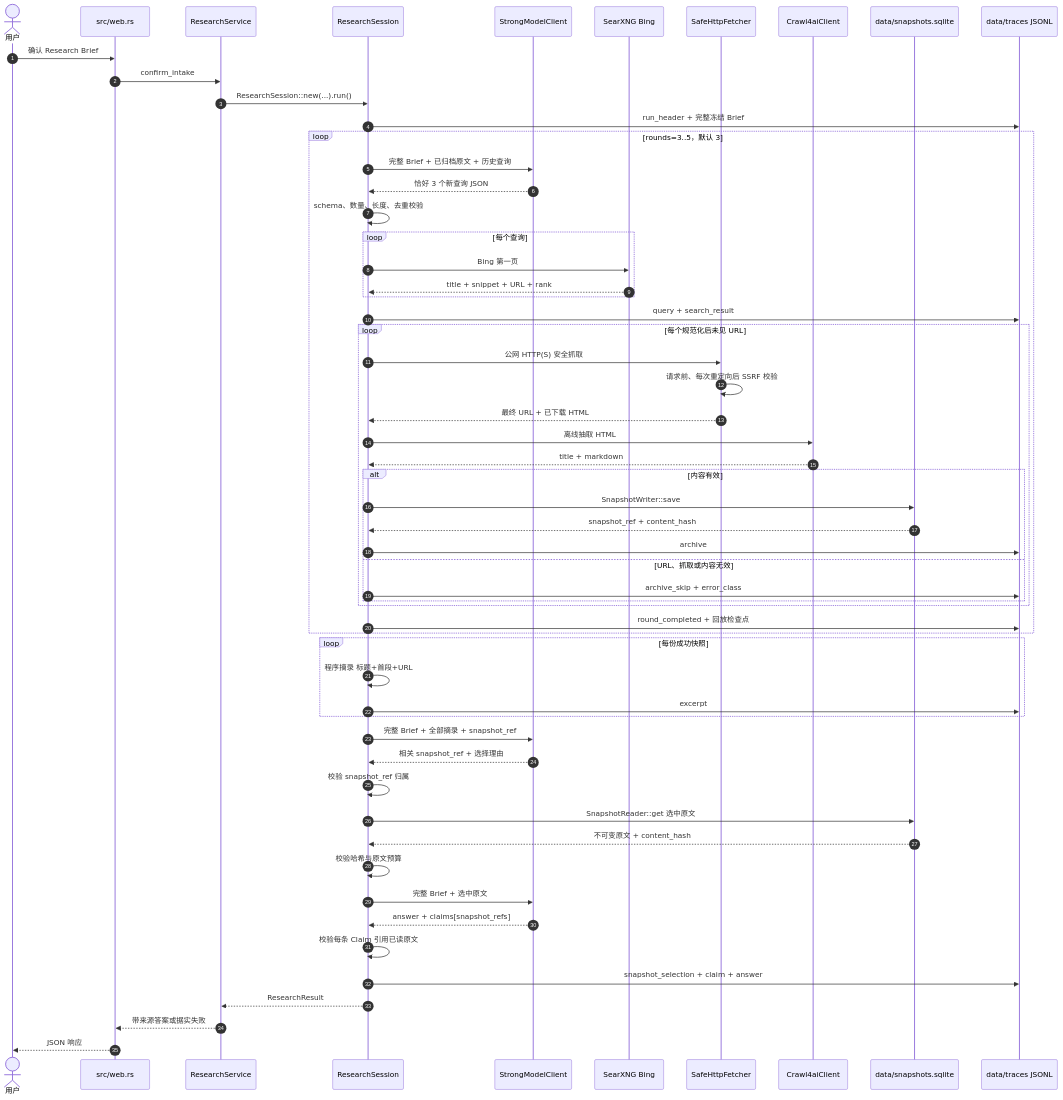
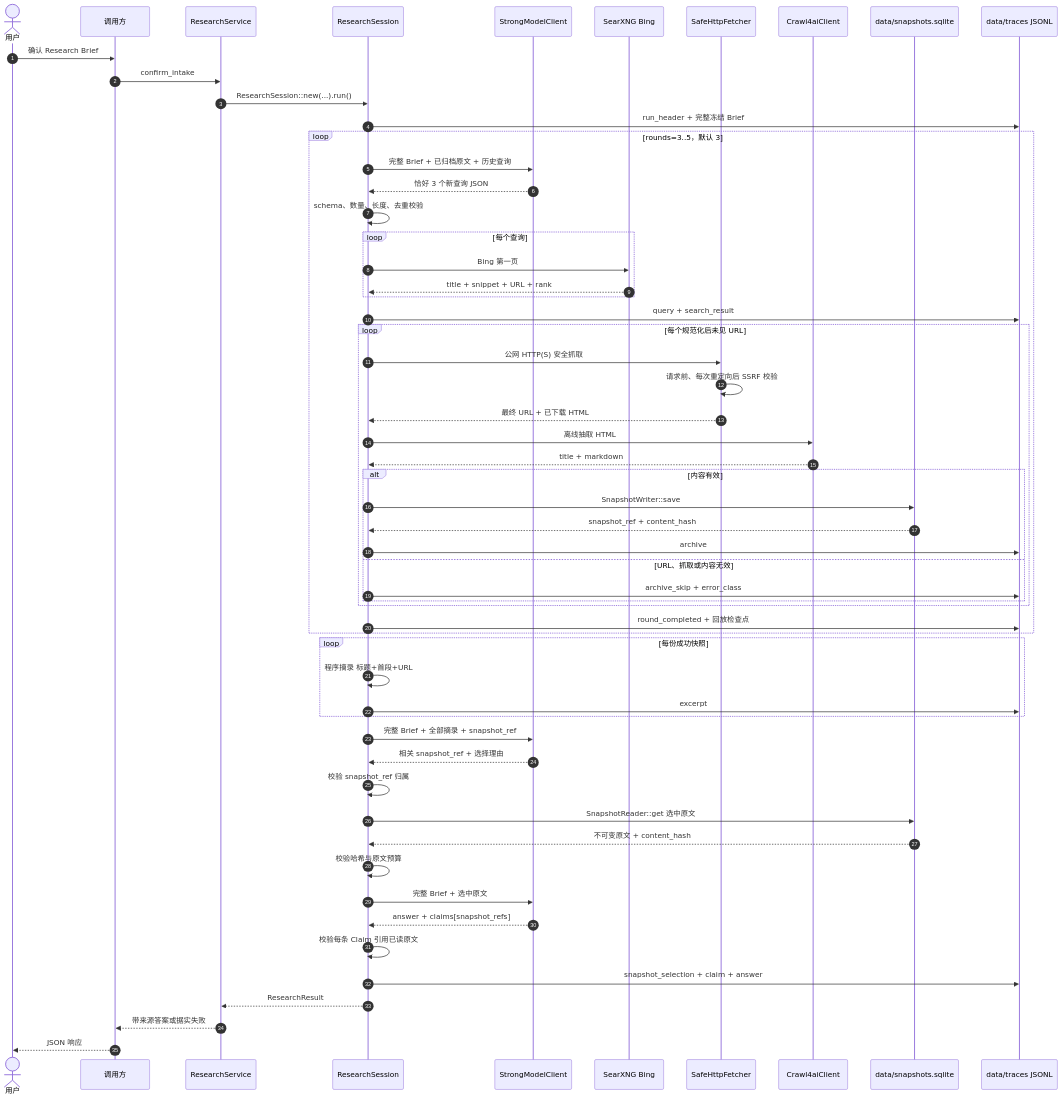
The seventh of 7 diagrams in docs/web-search-architecture.md (SuperCatQR/traceable-research-runtime), drawn with Mermaid before and after one commit. The commit also changed other lines of this file and 12 other files, not shown here.

````diff
--- a/docs/web-search-architecture.md
+++ b/docs/web-search-architecture.md
@@ -398,61 +380,61 @@
 ```mermaid
 sequenceDiagram
     autonumber
     actor U as 用户
-    participant W as src/web.rs
+    participant W as 调用方
     participant A as ResearchService
     participant O as ResearchSession
     participant M as StrongModelClient
     participant E as SearXNG Bing
     participant F as SafeHttpFetcher
     participant C as Crawl4aiClient
     participant P as data/snapshots.sqlite
     participant J as data/traces JSONL
 
     U->>W: 确认 Research Brief
     W->>A: confirm_intake
     A->>O: ResearchSession::new(...).run()
     O->>J: run_header + 完整冻结 Brief
     loop rounds=3..5，默认 3
         O->>M: 完整 Brief + 已归档原文 + 历史查询
         M-->>O: 恰好 3 个新查询 JSON
         O->>O: schema、数量、长度、去重校验
         loop 每个查询
             O->>E: Bing 第一页
             E-->>O: title + snippet + URL + rank
         end
         O->>J: query + search_result
         loop 每个规范化后未见 URL
             O->>F: 公网 HTTP(S) 安全抓取
             F->>F: 请求前、每次重定向后 SSRF 校验
             F-->>O: 最终 URL + 已下载 HTML
             O->>C: 离线抽取 HTML
             C-->>O: title + markdown
             alt 内容有效
                 O->>P: SnapshotWriter::save
                 P-->>O: snapshot_ref + content_hash
                 O->>J: archive
             else URL、抓取或内容无效
                 O->>J: archive_skip + error_class
             end
         end
         O->>J: round_completed + 回放检查点
     end
     loop 每份成功快照
         O->>O: 程序摘录 标题+首段+URL
         O->>J: excerpt
     end
     O->>M: 完整 Brief + 全部摘录 + snapshot_ref
     M-->>O: 相关 snapshot_ref + 选择理由
     O->>O: 校验 snapshot_ref 归属
     O->>P: SnapshotReader::get 选中原文
     P-->>O: 不可变原文 + content_hash
     O->>O: 校验哈希与原文预算
     O->>M: 完整 Brief + 选中原文
     M-->>O: answer + claims[snapshot_refs]
     O->>O: 校验每条 Claim 引用已读原文
     O->>J: snapshot_selection + claim + answer
     O-->>A: ResearchResult
     A-->>W: 带来源答案或据实失败
     W-->>U: JSON 响应
 ```
````
